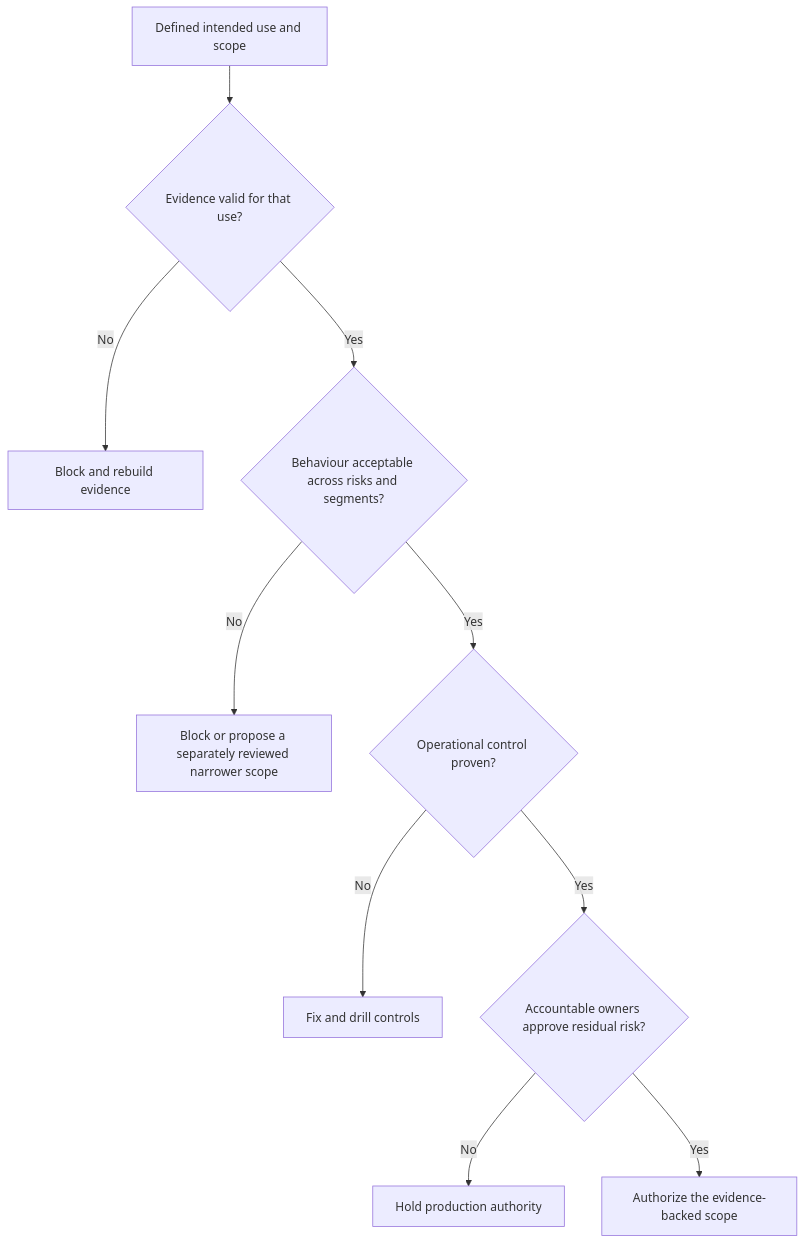
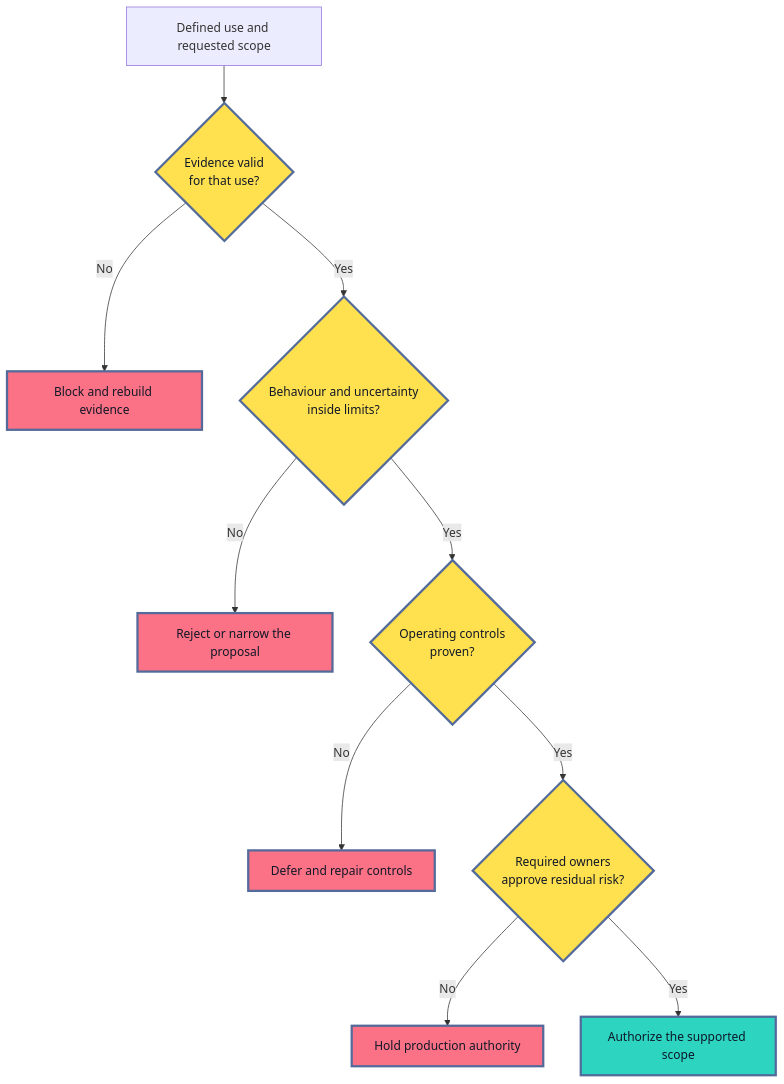
The first of 3 diagrams in roadmaps/mlops/modules/model-evaluation/release-decisions/03-when-not-to-ship-a-model.md (senlinyy/dev-roadmaps), drawn with Mermaid before and after one commit. The commit also changed other lines of this file and 198 other files, not shown here.

````diff
--- a/roadmaps/mlops/modules/model-evaluation/release-decisions/03-when-not-to-ship-a-model.md
+++ b/roadmaps/mlops/modules/model-evaluation/release-decisions/03-when-not-to-ship-a-model.md
@@ -25,12 +43,19 @@
 ```mermaid
 flowchart TD
-    U["Defined intended use and scope"] --> V{"Evidence valid for that use?"}
-    V -- "No" --> B["Block and rebuild evidence"]
-    V -- "Yes" --> Q{"Behaviour acceptable across risks and segments?"}
-    Q -- "No" --> N["Block or propose a separately reviewed narrower scope"]
-    Q -- "Yes" --> O{"Operational control proven?"}
-    O -- "No" --> F["Fix and drill controls"]
-    O -- "Yes" --> A{"Accountable owners approve residual risk?"}
-    A -- "No" --> H["Hold production authority"]
-    A -- "Yes" --> R["Authorize the evidence-backed scope"]
+    U["Defined use and requested scope"] --> E{"Evidence valid<br/>for that use?"}
+    E -- "No" --> B1["Block and rebuild evidence"]
+    E -- "Yes" --> Q{"Behaviour and uncertainty<br/>inside limits?"}
+    Q -- "No" --> B2["Reject or narrow the proposal"]
+    Q -- "Yes" --> O{"Operating controls<br/>proven?"}
+    O -- "No" --> B3["Defer and repair controls"]
+    O -- "Yes" --> A{"Required owners<br/>approve residual risk?"}
+    A -- "No" --> B4["Hold production authority"]
+    A -- "Yes" --> R["Authorize the supported scope"]
+
+    classDef question fill:#FFE04F,stroke:#536A9A,stroke-width:3px,color:#111827
+    classDef block fill:#FB7185,stroke:#536A9A,stroke-width:3px,color:#111827
+    classDef release fill:#2DD4BF,stroke:#536A9A,stroke-width:3px,color:#0F172A
+    class E,Q,O,A question
+    class B1,B2,B3,B4 block
+    class R release
 ```
````
